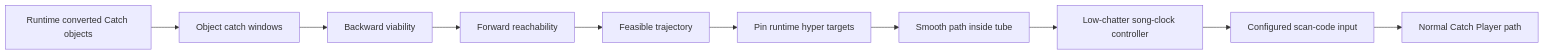
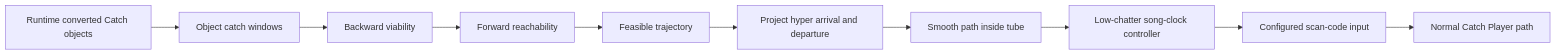
One commit to N0zoM1z0/osu-reverse-engineering changed the diagram in catch/README.md. Above: the diagram before and after it, drawn with Mermaid. The commit also changed other lines of this file and 11 other files, not shown here.

````diff
--- a/catch/README.md
+++ b/catch/README.md
@@ -59,12 +60,12 @@
 ```mermaid
 flowchart LR
     R[Runtime converted Catch objects] --> W[Object catch windows]
     W --> B[Backward viability]
     B --> F[Forward reachability]
     F --> P[Feasible trajectory]
-    P --> H[Pin runtime hyper targets]
+    P --> H[Project hyper arrival and departure]
     H --> S[Smooth path inside tube]
     S --> C[Low-chatter song-clock controller]
     C --> K[Configured scan-code input]
     K --> G[Normal Catch Player path]
 ```
````
